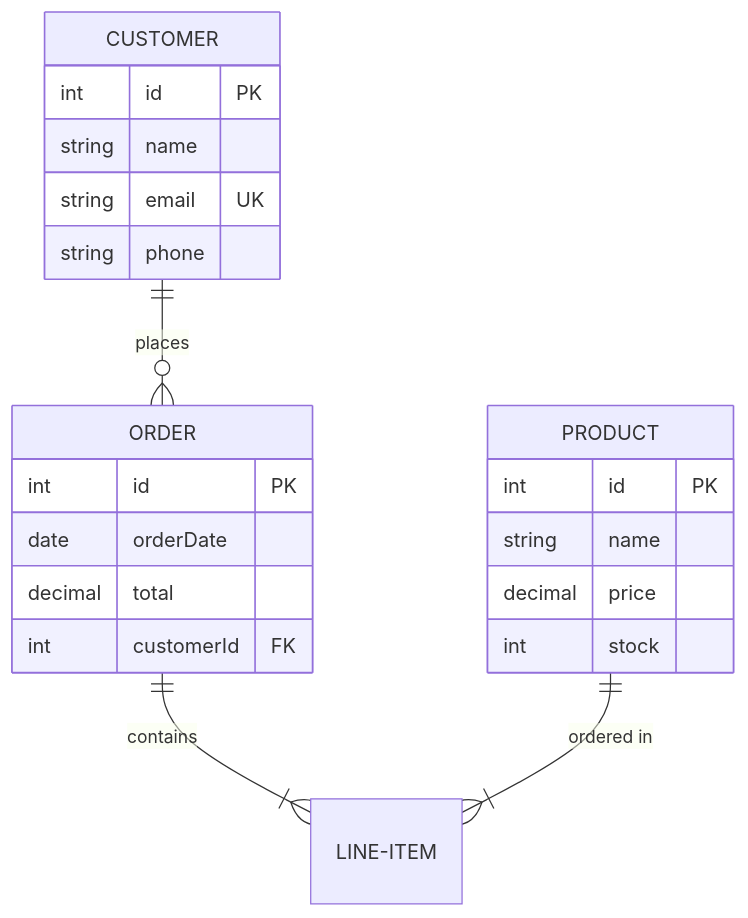
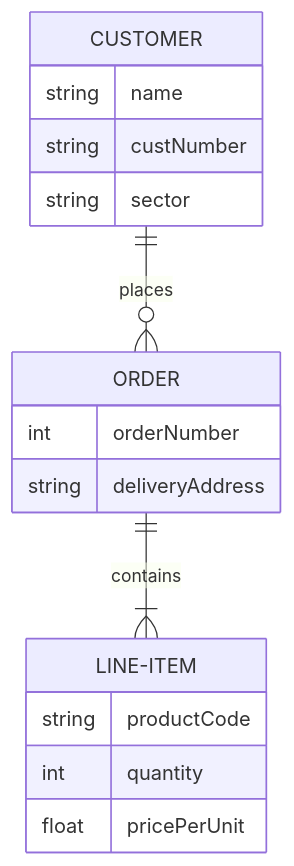
Before and after one commit to teachingai/full-stack-skills: the second of 17 diagrams in skills/mermaid/examples/er.md, drawn with Mermaid. The commit also changed other lines of this file and 21 other files, not shown here.

First line of the commit message:
docs(mermaid): 更新架构、块、C4和类图示例文档

````diff
--- a/skills/mermaid/examples/er.md
+++ b/skills/mermaid/examples/er.md
@@ -40,24 +47,19 @@
 ```mermaid
 erDiagram
+    CUSTOMER ||--o{ ORDER : places
     CUSTOMER {
-        int id PK
         string name
-        string email UK
-        string phone
+        string custNumber
+        string sector
     }
+    ORDER ||--|{ LINE-ITEM : contains
     ORDER {
-        int id PK
-        date orderDate
-        decimal total
-        int customerId FK
+        int orderNumber
+        string deliveryAddress
     }
-    PRODUCT {
-        int id PK
-        string name
-        decimal price
-        int stock
+    LINE-ITEM {
+        string productCode
+        int quantity
+        float pricePerUnit
     }
-    CUSTOMER ||--o{ ORDER : places
-    ORDER ||--|{ LINE-ITEM : contains
-    PRODUCT ||--|{ LINE-ITEM : "ordered in"
 ```
````
